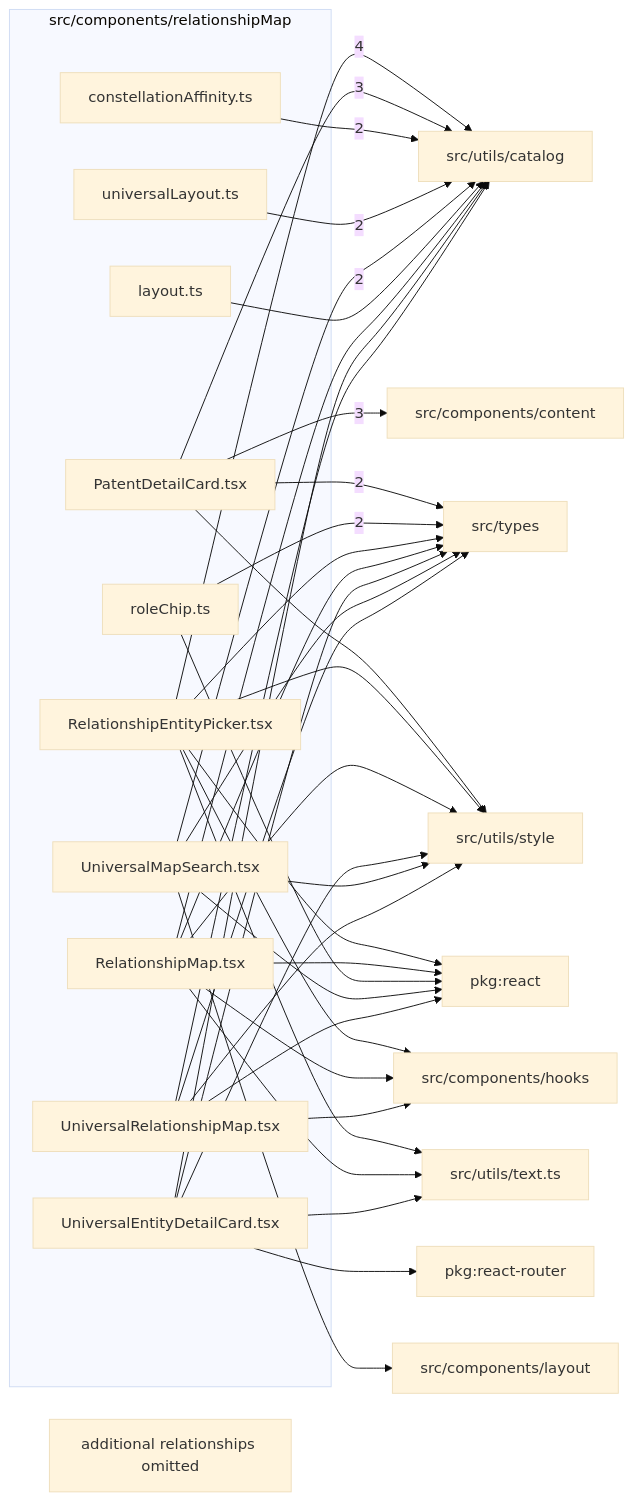
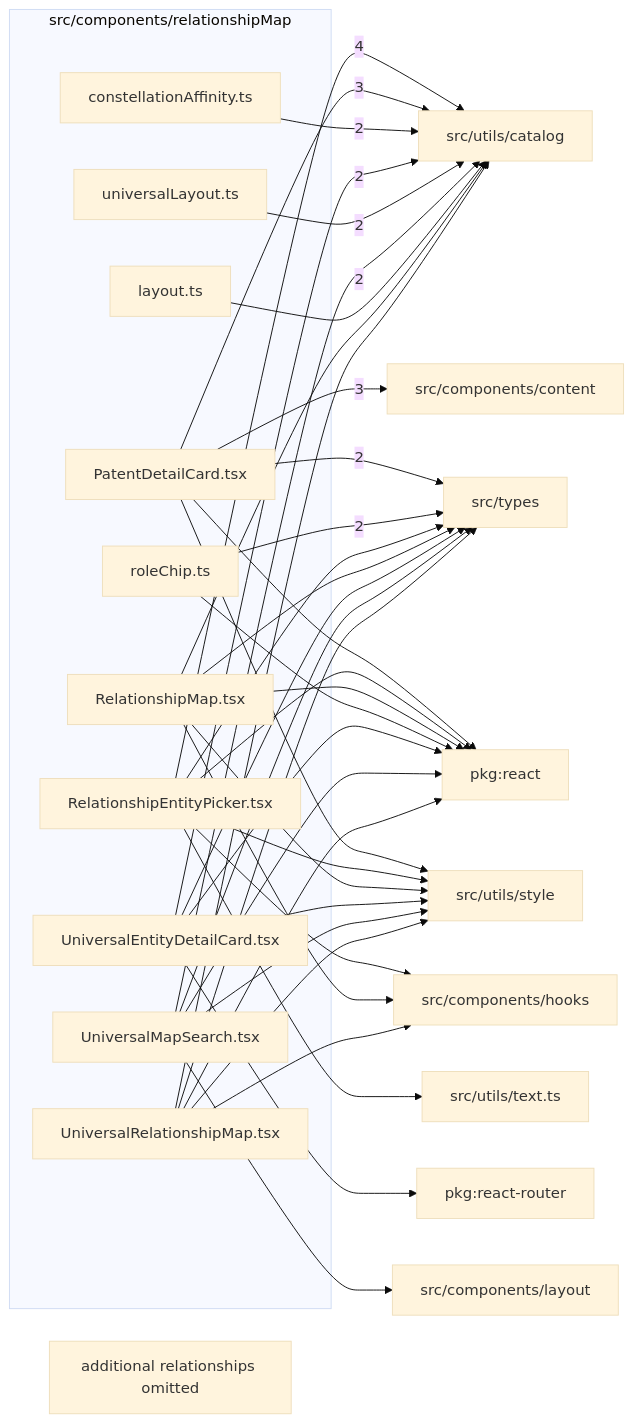
The diagram in src/components/relationshipMap/readme.md (ronbuening/LensVisualizer), drawn with Mermaid (base theme) before and after one commit. The commit also changed other lines of this file and 8 other files, not shown here.

Commit message:
Navigate universal map connections from detail cards

````diff
--- a/src/components/relationshipMap/readme.md
+++ b/src/components/relationshipMap/readme.md
@@ -9,61 +9,61 @@
 ```mermaid
 flowchart LR
   subgraph n_src_components_relationshipMap["src/components/relationshipMap"]
     n_src_components_relationshipMap_src_components_relationshipMap_constellationAffinity_ts["constellationAffinity.ts"]
     n_src_components_relationshipMap_src_components_relationshipMap_layout_ts["layout.ts"]
     n_src_components_relationshipMap_src_components_relationshipMap_PatentDetailCard_tsx["PatentDetailCard.tsx"]
     n_src_components_relationshipMap_src_components_relationshipMap_RelationshipEntityPicker_tsx["RelationshipEntityPicker.tsx"]
     n_src_components_relationshipMap_src_components_relationshipMap_RelationshipMap_tsx["RelationshipMap.tsx"]
     n_src_components_relationshipMap_src_components_relationshipMap_roleChip_ts["roleChip.ts"]
     n_src_components_relationshipMap_src_components_relationshipMap_UniversalEntityDetailCard_tsx["UniversalEntityDetailCard.tsx"]
     n_src_components_relationshipMap_src_components_relationshipMap_universalLayout_ts["universalLayout.ts"]
     n_src_components_relationshipMap_src_components_relationshipMap_UniversalMapSearch_tsx["UniversalMapSearch.tsx"]
     n_src_components_relationshipMap_src_components_relationshipMap_UniversalRelationshipMap_tsx["UniversalRelationshipMap.tsx"]
   end
   n_external_src_utils_catalog["src/utils/catalog"]
   n_external_src_components_content["src/components/content"]
   n_external_src_types["src/types"]
   n_external_pkg_react["pkg:react"]
   n_external_pkg_react_router["pkg:react-router"]
   n_external_src_components_hooks["src/components/hooks"]
   n_external_src_components_layout["src/components/layout"]
   n_external_src_utils_style["src/utils/style"]
   n_external_src_utils_text_ts["src/utils/text.ts"]
   n_src_components_relationshipMap_src_components_relationshipMap_RelationshipEntityPicker_tsx --> |4| n_external_src_utils_catalog
   n_src_components_relationshipMap_src_components_relationshipMap_PatentDetailCard_tsx --> |3| n_external_src_components_content
   n_src_components_relationshipMap_src_components_relationshipMap_PatentDetailCard_tsx --> |3| n_external_src_utils_catalog
   n_src_components_relationshipMap_src_components_relationshipMap_PatentDetailCard_tsx --> |2| n_external_src_types
   n_src_components_relationshipMap_src_components_relationshipMap_roleChip_ts --> |2| n_external_src_types
   n_src_components_relationshipMap_src_components_relationshipMap_constellationAffinity_ts --> |2| n_external_src_utils_catalog
+  n_src_components_relationshipMap_src_components_relationshipMap_UniversalEntityDetailCard_tsx --> |2| n_external_src_utils_catalog
   n_src_components_relationshipMap_src_components_relationshipMap_universalLayout_ts --> |2| n_external_src_utils_catalog
   n_src_components_relationshipMap_src_components_relationshipMap_UniversalMapSearch_tsx --> |2| n_external_src_utils_catalog
+  n_src_components_relationshipMap_src_components_relationshipMap_PatentDetailCard_tsx --> n_external_pkg_react
   n_src_components_relationshipMap_src_components_relationshipMap_RelationshipEntityPicker_tsx --> n_external_pkg_react
   n_src_components_relationshipMap_src_components_relationshipMap_RelationshipMap_tsx --> n_external_pkg_react
   n_src_components_relationshipMap_src_components_relationshipMap_roleChip_ts --> n_external_pkg_react
+  n_src_components_relationshipMap_src_components_relationshipMap_UniversalEntityDetailCard_tsx --> n_external_pkg_react
   n_src_components_relationshipMap_src_components_relationshipMap_UniversalMapSearch_tsx --> n_external_pkg_react
   n_src_components_relationshipMap_src_components_relationshipMap_UniversalRelationshipMap_tsx --> n_external_pkg_react
   n_src_components_relationshipMap_src_components_relationshipMap_UniversalEntityDetailCard_tsx --> n_external_pkg_react_router
   n_src_components_relationshipMap_src_components_relationshipMap_RelationshipEntityPicker_tsx --> n_external_src_components_hooks
   n_src_components_relationshipMap_src_components_relationshipMap_RelationshipMap_tsx --> n_external_src_components_hooks
   n_src_components_relationshipMap_src_components_relationshipMap_UniversalRelationshipMap_tsx --> n_external_src_components_hooks
   n_src_components_relationshipMap_src_components_relationshipMap_UniversalMapSearch_tsx --> n_external_src_components_layout
   n_src_components_relationshipMap_src_components_relationshipMap_RelationshipEntityPicker_tsx --> n_external_src_types
   n_src_components_relationshipMap_src_components_relationshipMap_RelationshipMap_tsx --> n_external_src_types
   n_src_components_relationshipMap_src_components_relationshipMap_UniversalEntityDetailCard_tsx --> n_external_src_types
   n_src_components_relationshipMap_src_components_relationshipMap_UniversalMapSearch_tsx --> n_external_src_types
   n_src_components_relationshipMap_src_components_relationshipMap_UniversalRelationshipMap_tsx --> n_external_src_types
   n_src_components_relationshipMap_src_components_relationshipMap_layout_ts --> n_external_src_utils_catalog
   n_src_components_relationshipMap_src_components_relationshipMap_RelationshipMap_tsx --> n_external_src_utils_catalog
-  n_src_components_relationshipMap_src_components_relationshipMap_UniversalEntityDetailCard_tsx --> n_external_src_utils_catalog
   n_src_components_relationshipMap_src_components_relationshipMap_UniversalRelationshipMap_tsx --> n_external_src_utils_catalog
   n_src_components_relationshipMap_src_components_relationshipMap_PatentDetailCard_tsx --> n_external_src_utils_style
   n_src_components_relationshipMap_src_components_relationshipMap_RelationshipEntityPicker_tsx --> n_external_src_utils_style
   n_src_components_relationshipMap_src_components_relationshipMap_RelationshipMap_tsx --> n_external_src_utils_style
   n_src_components_relationshipMap_src_components_relationshipMap_UniversalEntityDetailCard_tsx --> n_external_src_utils_style
   n_src_components_relationshipMap_src_components_relationshipMap_UniversalMapSearch_tsx --> n_external_src_utils_style
   n_src_components_relationshipMap_src_components_relationshipMap_UniversalRelationshipMap_tsx --> n_external_src_utils_style
   n_src_components_relationshipMap_src_components_relationshipMap_RelationshipEntityPicker_tsx --> n_external_src_utils_text_ts
-  n_src_components_relationshipMap_src_components_relationshipMap_RelationshipMap_tsx --> n_external_src_utils_text_ts
-  n_src_components_relationshipMap_src_components_relationshipMap_UniversalEntityDetailCard_tsx --> n_external_src_utils_text_ts
   n_src_components_relationshipMap_truncated["additional relationships omitted"]
 ```
````
